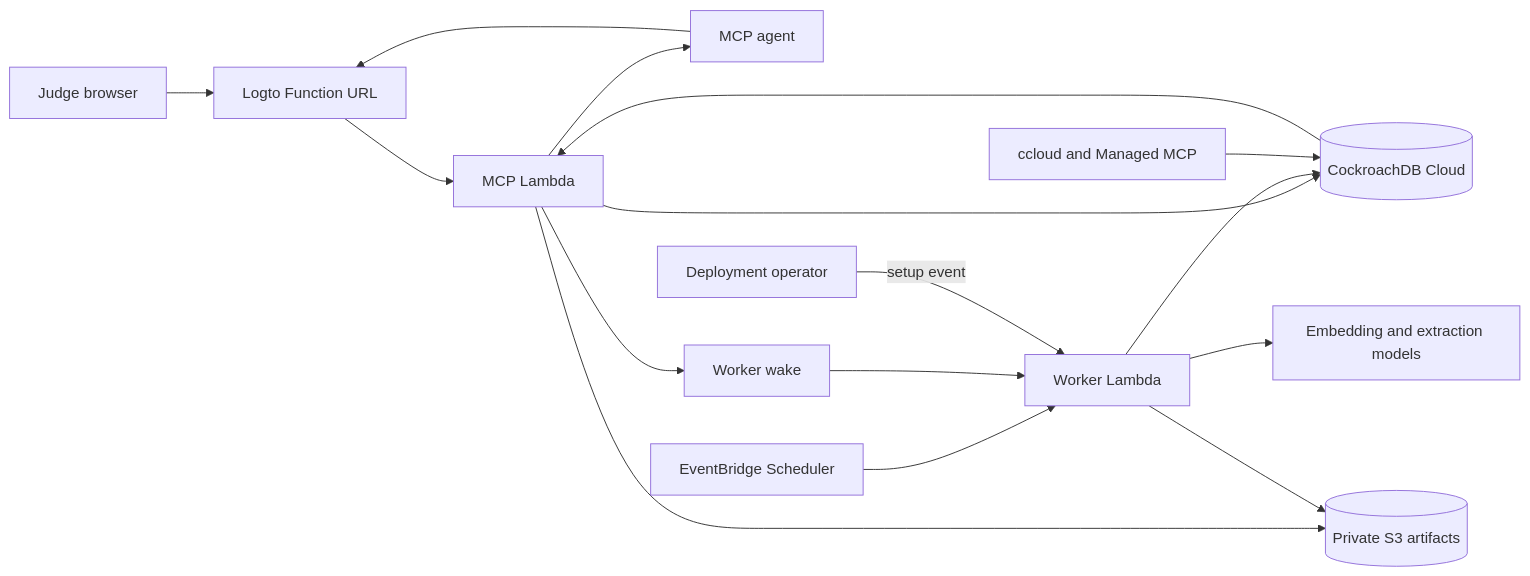
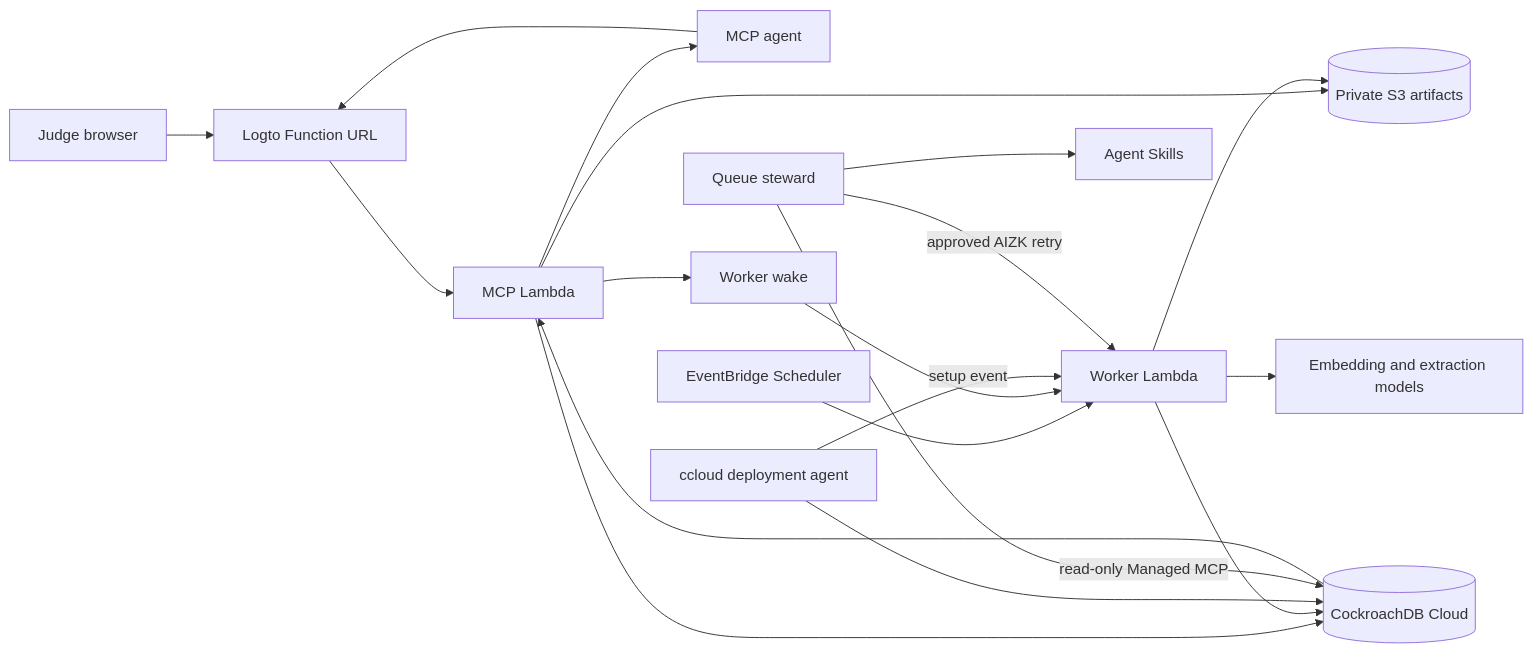
One commit to phvv-me/aizk changed the diagram in hackathon/ARCHITECTURE.md. Above: the diagram before and after it, drawn with Mermaid. The commit also changed other lines of this file and 334 other files, not shown here.

````diff
--- a/hackathon/ARCHITECTURE.md
+++ b/hackathon/ARCHITECTURE.md
@@ -7,18 +7,21 @@
 ```mermaid
 flowchart LR
     Browser[Judge browser] --> URL[Logto Function URL]
     Agent[MCP agent] --> URL
     URL --> MCP[MCP Lambda]
     MCP --> CRDB[(CockroachDB Cloud)]
     MCP --> S3[(Private S3 artifacts)]
     MCP --> Wake[Worker wake]
     Schedule[EventBridge Scheduler] --> Worker[Worker Lambda]
     Wake --> Worker
     Worker --> Models[Embedding and extraction models]
     Worker --> CRDB
     Worker --> S3
-    Deploy[Deployment operator] -->|setup event| Worker
-    Operator[ccloud and Managed MCP] --> CRDB
+    Deploy[ccloud deployment agent] -->|setup event| Worker
+    Deploy --> CRDB
+    Steward[Queue steward] --> Skills[Agent Skills]
+    Steward -->|read-only Managed MCP| CRDB
+    Steward -->|approved AIZK retry| Worker
     CRDB --> MCP
     MCP --> Agent
 ```
````
